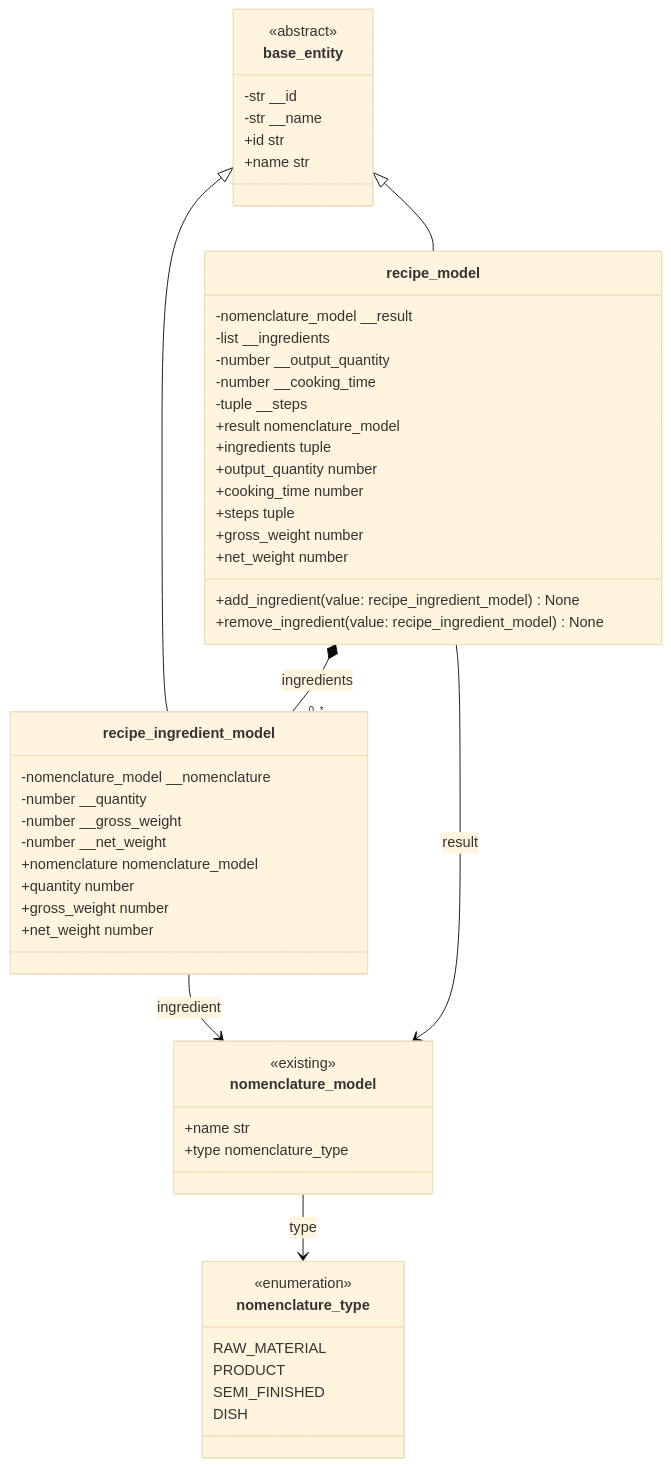
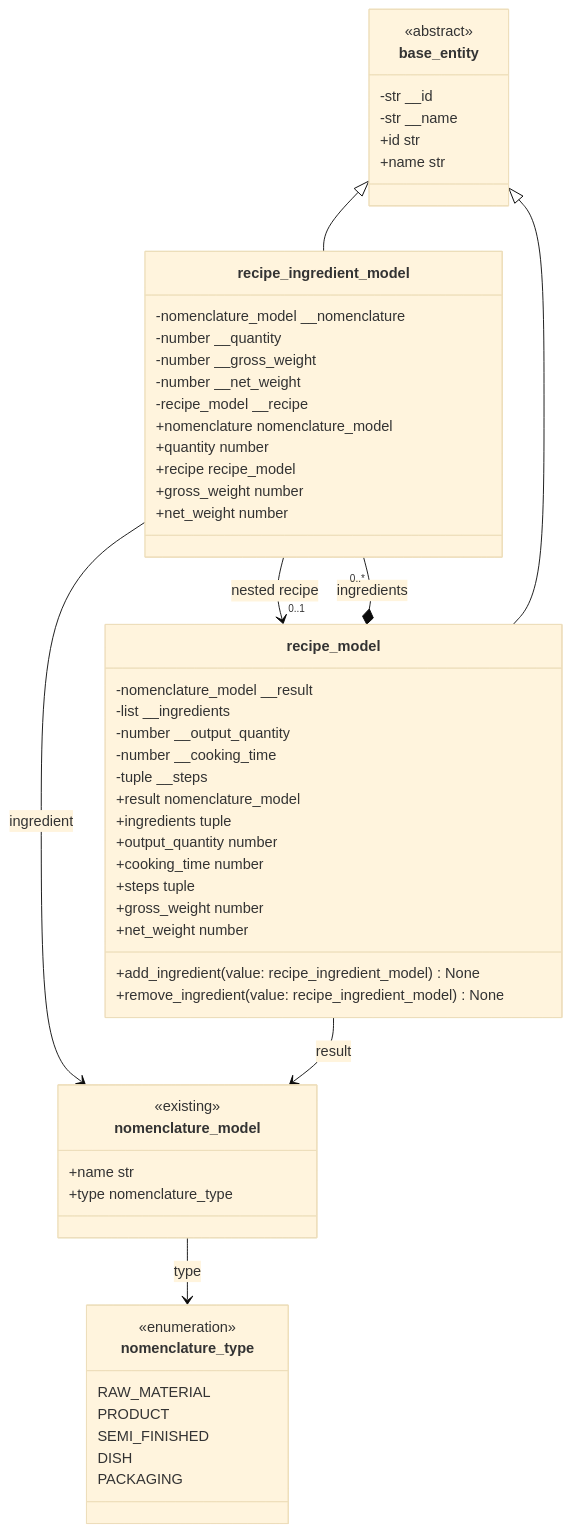
The diagram in Docs/UML/RecipeModels.md (NikShep21/patterns2026), drawn with Mermaid (base theme) before and after one commit. The commit also changed 2 other files, not shown here.

Commit message:
update recipe documentation and UML

````diff
--- a/Docs/UML/RecipeModels.md
+++ b/Docs/UML/RecipeModels.md
@@ -5,62 +5,66 @@
 ```mermaid
 classDiagram
     direction TB
 
     class base_entity {
         <<abstract>>
         -str __id
         -str __name
         +id str
         +name str
     }
 
     class nomenclature_model {
         <<existing>>
         +name str
         +type nomenclature_type
     }
 
     class nomenclature_type {
         <<enumeration>>
         RAW_MATERIAL
         PRODUCT
         SEMI_FINISHED
         DISH
+        PACKAGING
     }
 
     class recipe_ingredient_model {
         -nomenclature_model __nomenclature
         -number __quantity
         -number __gross_weight
         -number __net_weight
+        -recipe_model __recipe
         +nomenclature nomenclature_model
         +quantity number
+        +recipe recipe_model
         +gross_weight number
         +net_weight number
     }
 
     class recipe_model {
         -nomenclature_model __result
         -list __ingredients
         -number __output_quantity
         -number __cooking_time
         -tuple __steps
         +result nomenclature_model
         +ingredients tuple
         +output_quantity number
         +cooking_time number
         +steps tuple
         +gross_weight number
         +net_weight number
         +add_ingredient(value: recipe_ingredient_model) None
         +remove_ingredient(value: recipe_ingredient_model) None
     }
 
     base_entity <|-- recipe_ingredient_model
     base_entity <|-- recipe_model
 
     recipe_ingredient_model --> nomenclature_model : ingredient
+    recipe_ingredient_model --> "0..1" recipe_model : nested recipe
     recipe_model --> nomenclature_model : result
     recipe_model *-- "0..*" recipe_ingredient_model : ingredients
     nomenclature_model --> nomenclature_type : type
 ```
````
